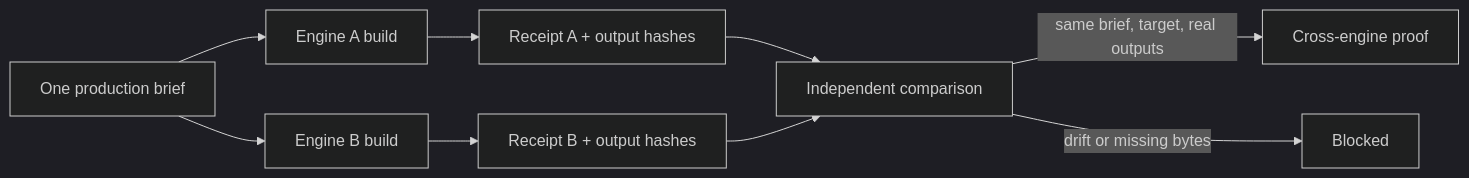
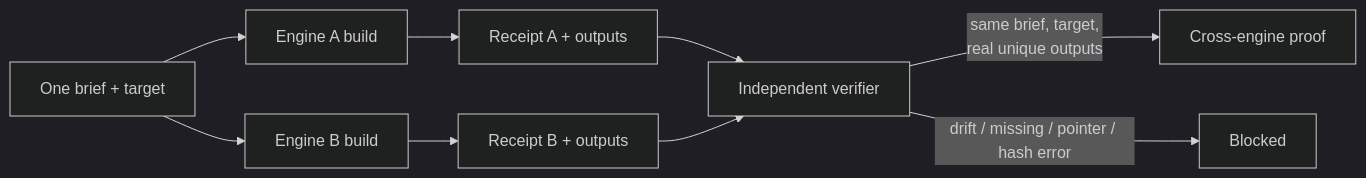
One commit to ObtuseAI/dimwit changed the fourth of 4 diagrams in README.md. Above: the diagram before and after it, drawn with Mermaid (dark theme). The commit also changed other lines of this file, not shown here.

Commit message:
docs: explain Dimwit production architecture

````diff
--- a/README.md
+++ b/README.md
@@ -66,11 +298,11 @@
 ```mermaid
 flowchart LR
-    BRIEF["One production brief"] --> A["Engine A build"]
+    BRIEF["One brief + target"] --> A["Engine A build"]
     BRIEF --> B["Engine B build"]
-    A --> RA["Receipt A + output hashes"]
-    B --> RB["Receipt B + output hashes"]
-    RA --> VERIFY["Independent comparison"]
-    RB --> VERIFY
-    VERIFY -->|"same brief, target, real outputs"| PROOF["Cross-engine proof"]
-    VERIFY -->|"drift or missing bytes"| BLOCK["Blocked"]
+    A --> RA["Receipt A + outputs"]
+    B --> RB["Receipt B + outputs"]
+    RA --> V["Independent verifier"]
+    RB --> V
+    V -->|"same brief, target,<br/>real unique outputs"| PROOF["Cross-engine proof"]
+    V -->|"drift / missing / pointer / hash error"| BLOCK["Blocked"]
 ```
````
